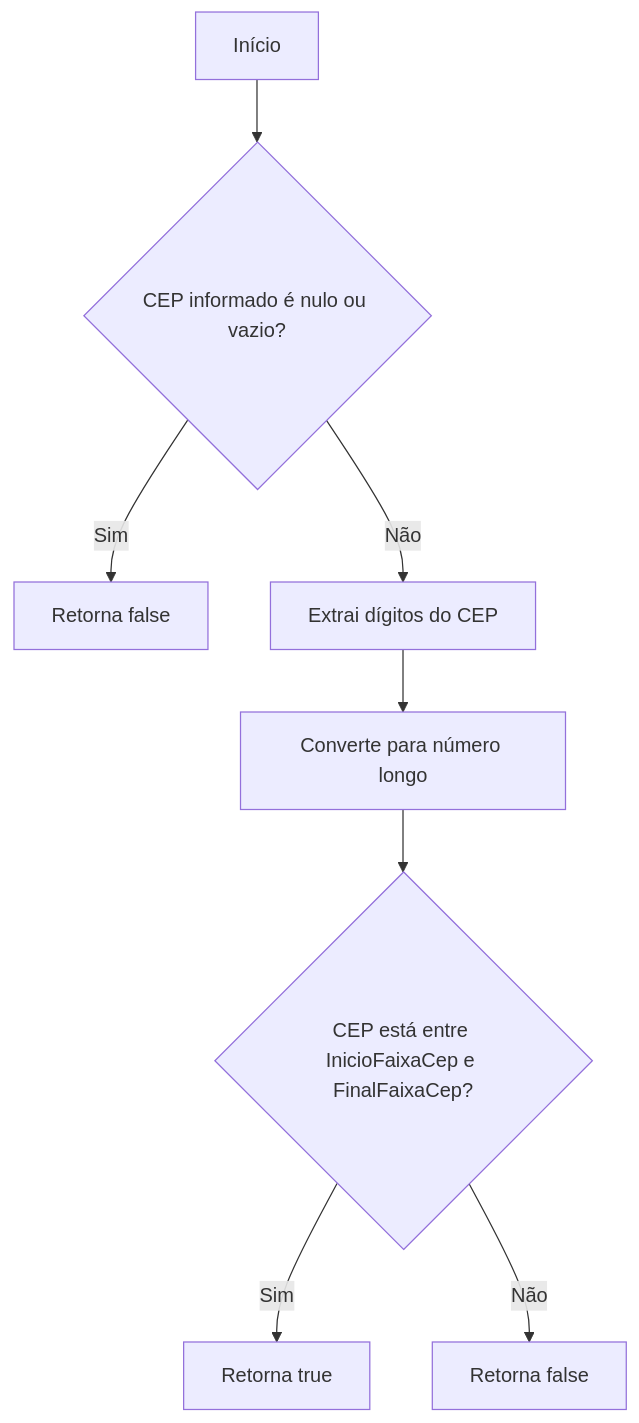
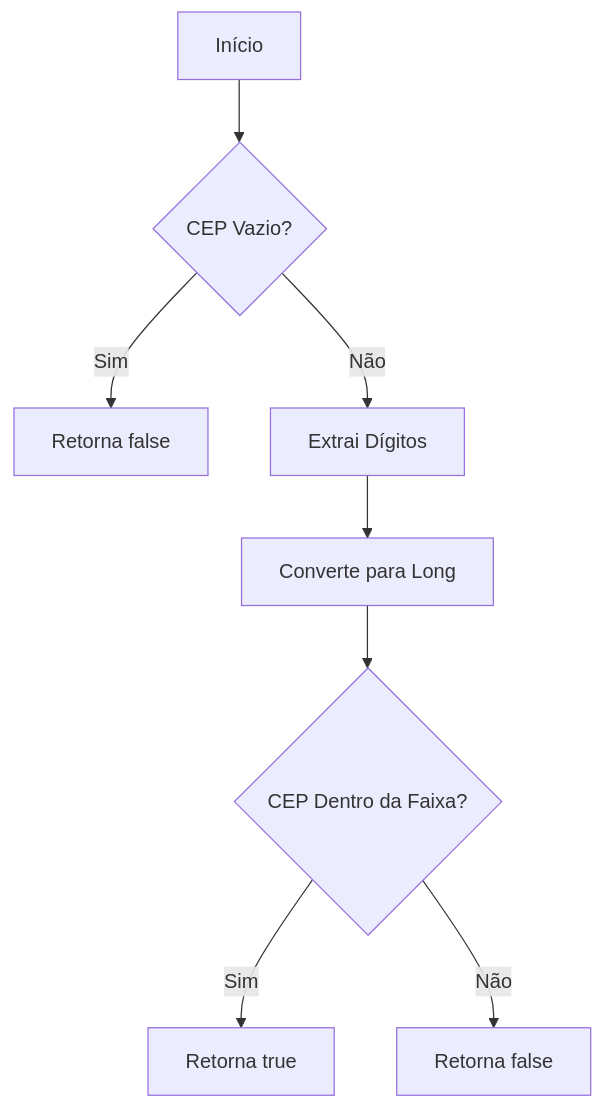
The first of 2 diagrams in docs/b2b-dominio/IsthmusWinthor.Nucleo/IsthmusWinthor.Dominio/POCO/FormularioFiltroCep.md (IsthmusSistemas/documentacao-tecnica), drawn with Mermaid before and after one commit. The commit also changed other lines of this file and 882 other files, not shown here.

````diff
--- a/docs/b2b-dominio/IsthmusWinthor.Nucleo/IsthmusWinthor.Dominio/POCO/FormularioFiltroCep.md
+++ b/docs/b2b-dominio/IsthmusWinthor.Nucleo/IsthmusWinthor.Dominio/POCO/FormularioFiltroCep.md
@@ -21,10 +20,10 @@
 ```mermaid
 flowchart TD
-    A[Início] --> B{CEP informado é nulo ou vazio?}
+    A[Início] --> B{CEP Vazio?}
     B -- Sim --> C[Retorna false]
-    B -- Não --> D[Extrai dígitos do CEP]
-    D --> E[Converte para número longo]
-    E --> F{CEP está entre InicioFaixaCep e FinalFaixaCep?}
+    B -- Não --> D[Extrai Dígitos]
+    D --> E[Converte para Long]
+    E --> F{CEP Dentro da Faixa?}
     F -- Sim --> G[Retorna true]
     F -- Não --> H[Retorna false]
 ```
````
